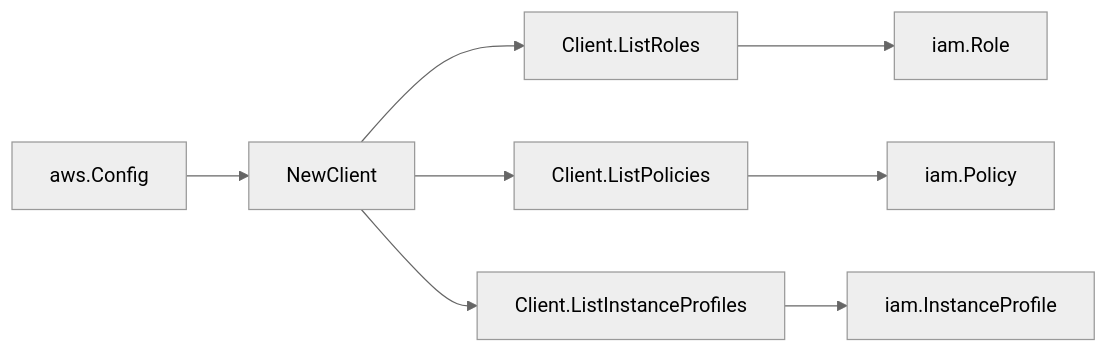
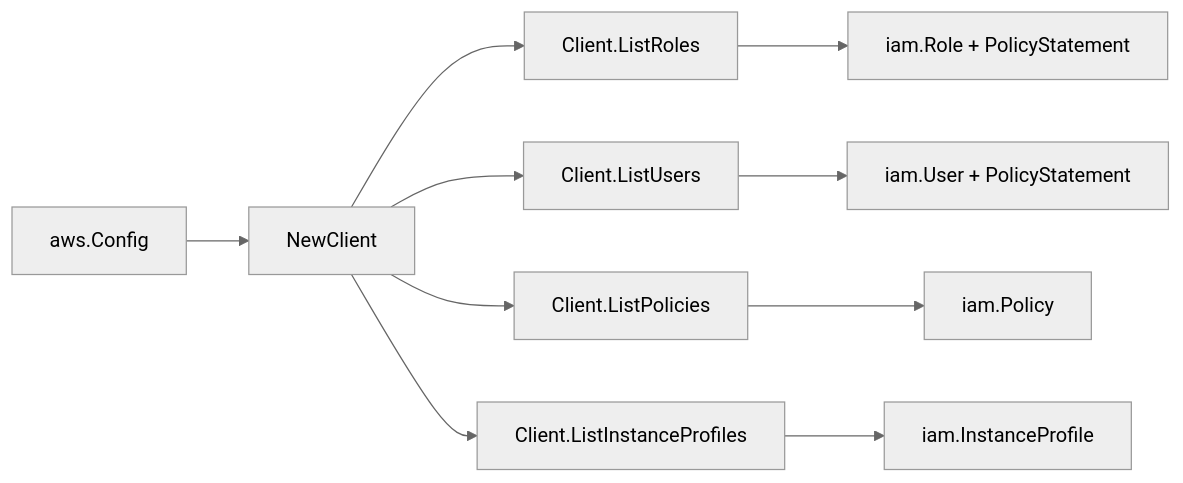
Before and after one commit to eshu-hq/eshu: the diagram in go/internal/collector/awscloud/services/iam/awssdk/README.md, drawn with Mermaid (neutral theme). The commit also changed other lines of this file and 25 other files, not shown here.

````diff
--- a/go/internal/collector/awscloud/services/iam/awssdk/README.md
+++ b/go/internal/collector/awscloud/services/iam/awssdk/README.md
@@ -16,10 +19,12 @@
 ```mermaid
 flowchart LR
   A["aws.Config"] --> B["NewClient"]
   B --> C["Client.ListRoles"]
-  B --> D["Client.ListPolicies"]
-  B --> E["Client.ListInstanceProfiles"]
-  C --> F["iam.Role"]
-  D --> G["iam.Policy"]
-  E --> H["iam.InstanceProfile"]
+  B --> D["Client.ListUsers"]
+  B --> E["Client.ListPolicies"]
+  B --> F["Client.ListInstanceProfiles"]
+  C --> G["iam.Role + PolicyStatement"]
+  D --> H["iam.User + PolicyStatement"]
+  E --> I["iam.Policy"]
+  F --> J["iam.InstanceProfile"]
 ```
````
